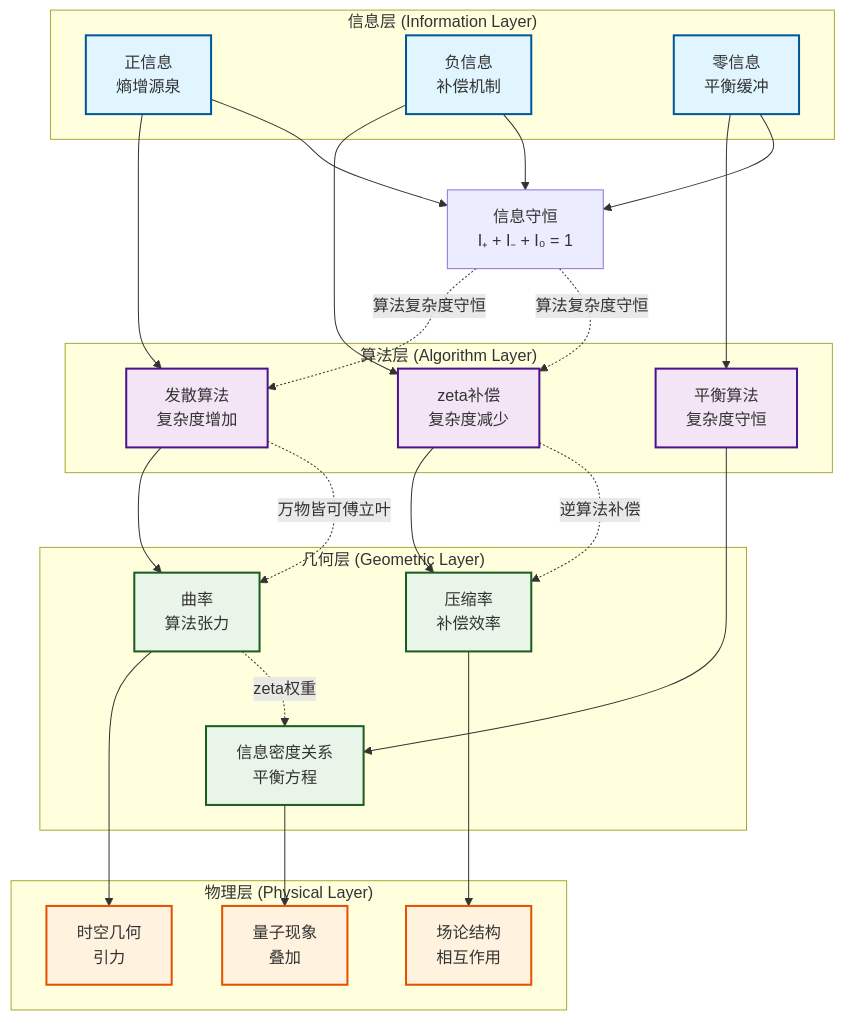
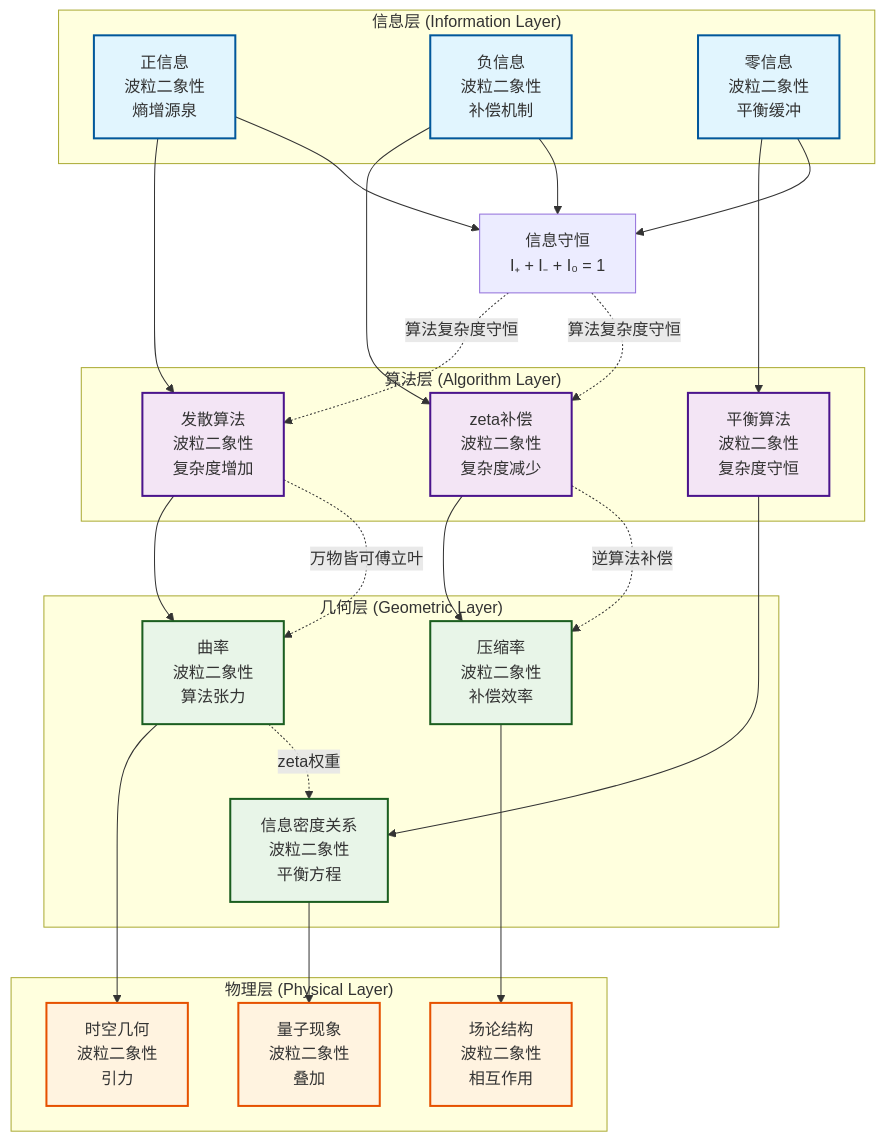
The diagram in docs/papers/zeta-fourier-nok/zeta-fourier-nok-foundations.md (loning/zeckendorf-hilbert), drawn with Mermaid before and after one commit. The commit also changed other lines of this file, not shown here.

````diff
--- a/docs/papers/zeta-fourier-nok/zeta-fourier-nok-foundations.md
+++ b/docs/papers/zeta-fourier-nok/zeta-fourier-nok-foundations.md
@@ -698,66 +817,66 @@
 ```mermaid
 graph TD
     %% 信息层
     subgraph "信息层 (Information Layer)"
-        IP[正信息<br/>熵增源泉]
-        IN[负信息<br/>补偿机制]
-        IZ[零信息<br/>平衡缓冲]
+        IP[正信息<br/>波粒二象性<br/>熵增源泉]
+        IN[负信息<br/>波粒二象性<br/>补偿机制]
+        IZ[零信息<br/>波粒二象性<br/>平衡缓冲]
     end
 
     %% 算法层
     subgraph "算法层 (Algorithm Layer)"
-        AD[发散算法<br/>复杂度增加]
-        AC[zeta补偿<br/>复杂度减少]
-        AB[平衡算法<br/>复杂度守恒]
+        AD[发散算法<br/>波粒二象性<br/>复杂度增加]
+        AC[zeta补偿<br/>波粒二象性<br/>复杂度减少]
+        AB[平衡算法<br/>波粒二象性<br/>复杂度守恒]
     end
 
     %% 几何层
     subgraph "几何层 (Geometric Layer)"
-        CR[曲率<br/>算法张力]
-        CP[压缩率<br/>补偿效率]
-        IR[信息密度关系<br/>平衡方程]
+        CR[曲率<br/>波粒二象性<br/>算法张力]
+        CP[压缩率<br/>波粒二象性<br/>补偿效率]
+        IR[信息密度关系<br/>波粒二象性<br/>平衡方程]
     end
 
     %% 物理层
     subgraph "物理层 (Physical Layer)"
-        SG[时空几何<br/>引力]
-        FT[场论结构<br/>相互作用]
-        QP[量子现象<br/>叠加]
+        SG[时空几何<br/>波粒二象性<br/>引力]
+        FT[场论结构<br/>波粒二象性<br/>相互作用]
+        QP[量子现象<br/>波粒二象性<br/>叠加]
     end
 
     %% 对应关系
     IP --> AD
     IN --> AC
     IZ --> AB
 
     AD --> CR
     AC --> CP
     AB --> IR
 
     CR --> SG
     CP --> FT
     IR --> QP
 
     %% 核心机制
     AD -.->|"万物皆可傅立叶"| CR
     AC -.->|"逆算法补偿"| CP
     CR -.->|"zeta权重"| IR
 
     %% 守恒律
     IP --> CONS[信息守恒<br/>I₊ + I₋ + I₀ = 1]
     IN --> CONS
     IZ --> CONS
 
     CONS -.->|"算法复杂度守恒"| AD
     CONS -.->|"算法复杂度守恒"| AC
 
     classDef infoLayer fill:#e1f5fe,stroke:#01579b,stroke-width:2px
     classDef algoLayer fill:#f3e5f5,stroke:#4a148c,stroke-width:2px
     classDef geomLayer fill:#e8f5e8,stroke:#1b5e20,stroke-width:2px
     classDef physLayer fill:#fff3e0,stroke:#e65100,stroke-width:2px
 
     class IP,IN,IZ infoLayer
     class AD,AC,AB algoLayer
     class CR,CP,IR geomLayer
     class SG,FT,QP physLayer
 ```
````
